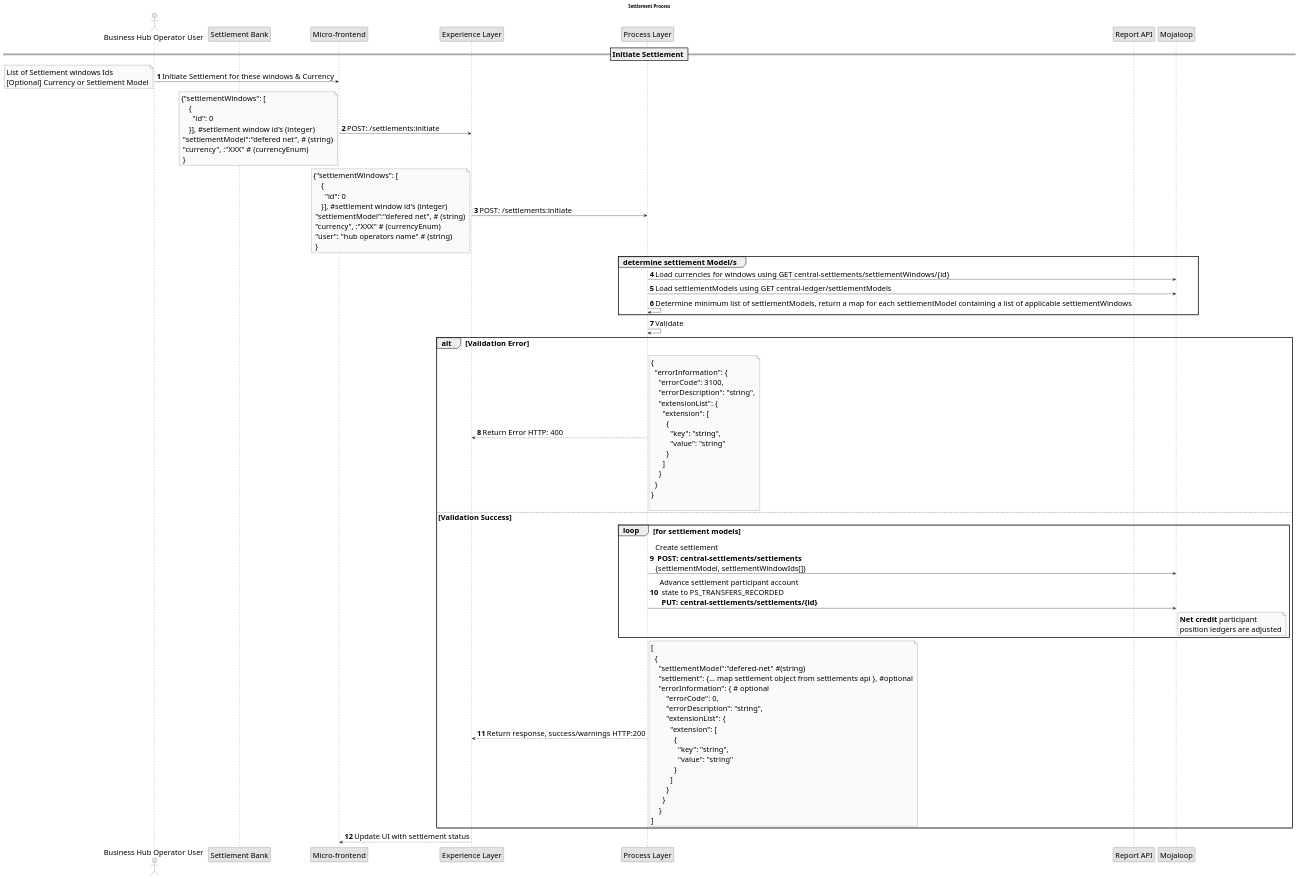
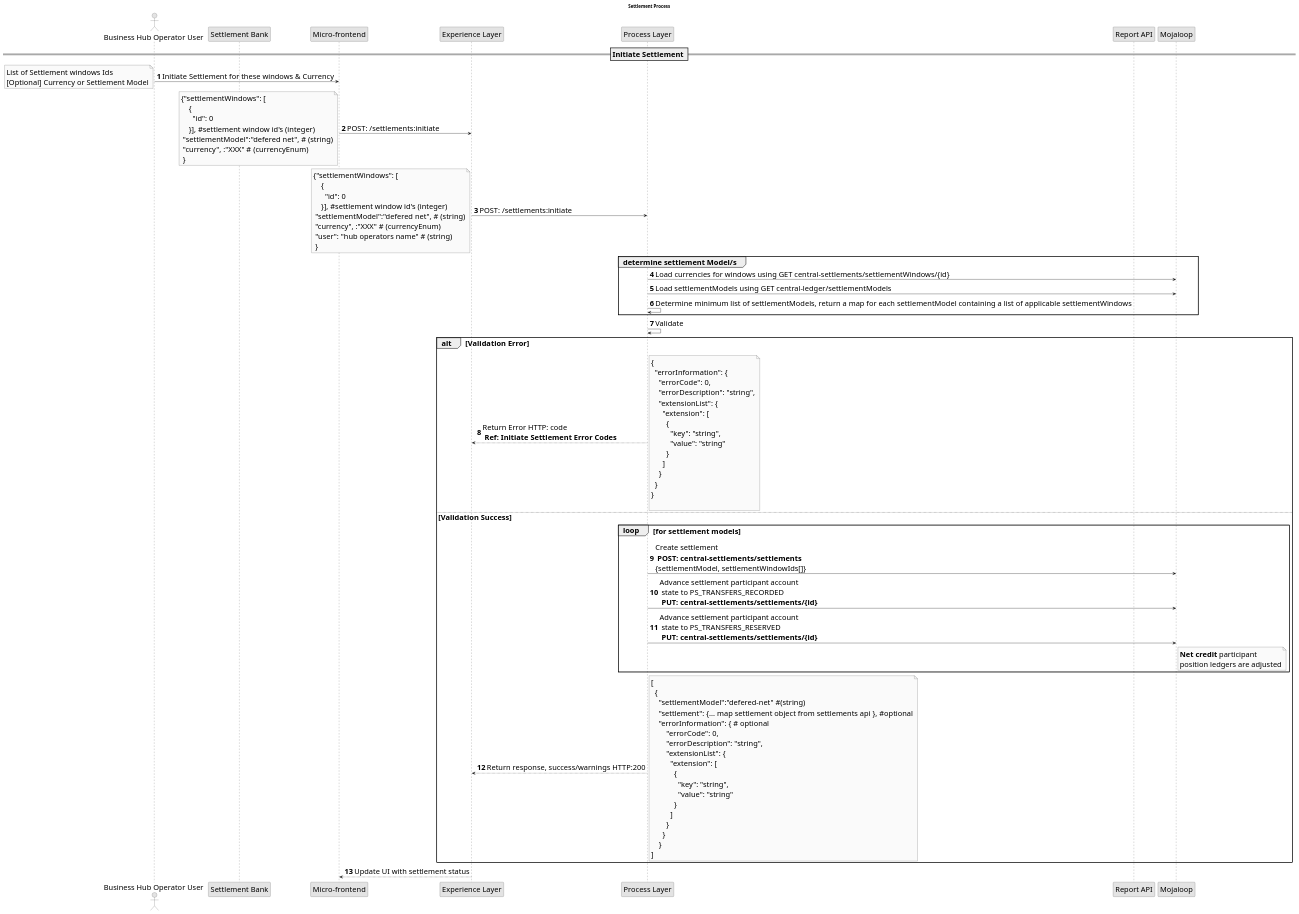
One commit to mojaloop/business-operations-framework-docs changed the diagram in PlantUML/SettlementInitiationIErrorCases.plantUML. Above: the diagram before and after it, drawn with PlantUML. The commit also changed 2 other files, not shown here.

Commit message:
error cases

```diff
--- a/PlantUML/SettlementInitiationIErrorCases.plantUML
+++ b/PlantUML/SettlementInitiationIErrorCases.plantUML
@@ -1,111 +1,113 @@
 @startuml settlementInitiationErrorCases
 skinparam activityFontSize 4
 skinparam activityDiamondFontSize 30
 skinparam activityArrowFontSize 24
 skinparam defaultFontSize 24
 skinparam noteFontSize 24
 skinparam monochrome true
 autonumber
 
 title Settlement Process
 
 actor "Business Hub Operator User" as bu
 
 participant "Settlement Bank" as sbank
 participant "Micro-frontend" as ui
 participant "Experience Layer" as el
 participant "Process Layer" as pl
 participant "Report API" as report
 participant "Mojaloop" as moja
 
 
 == Initiate Settlement ==
 bu->ui: Initiate Settlement for these windows & Currency
 
 note left
 List of Settlement windows Ids
 [Optional] Currency or Settlement Model
 end note
 
 ui->el: POST: /settlements:initiate 
 note left
 {"settlementWindows": [
     {
       "id": 0
     }], #settlement window id's (integer)
  "settlementModel":"defered net", # (string)
  "currency", :"XXX" # (currencyEnum)
  }
 end note
 el->pl: POST: /settlements:initiate
 note left
 {"settlementWindows": [
     {
       "id": 0
     }], #settlement window id's (integer)
  "settlementModel":"defered net", # (string)
  "currency", :"XXX" # (currencyEnum)
  "user": "hub operators name" # (string) 
  }
 end note
 group determine settlement Model/s 
 pl->moja: Load currencies for windows using GET central-settlements/settlementWindows/{id}
 pl->moja: Load settlementModels using GET central-ledger/settlementModels 
 pl->pl: Determine minimum list of settlementModels, return a map for each settlementModel containing a list of applicable settlementWindows
 end
 pl->pl: Validate
 alt Validation Error
-  pl-->el: Return Error HTTP: 400
+  pl-->el: Return Error HTTP: code \n <b>Ref: Initiate Settlement Error Codes</b>
 
   note right
     {
       "errorInformation": { 
-        "errorCode": 3100,
+        "errorCode": 0,
         "errorDescription": "string",
         "extensionList": {
           "extension": [
             {
               "key": "string",
               "value": "string" 
             }
           ] 
         }
       }
     }
 
   end note
 else Validation Success
   loop for settlement models
   pl->moja: Create settlement \n **POST: central-settlements/settlements** \n{settlementModel, settlementWindowIds[]}
   pl->moja: Advance settlement participant account\n state to PS_TRANSFERS_RECORDED \n **PUT: central-settlements/settlements/{id}**
+  pl->moja: Advance settlement participant account\n state to PS_TRANSFERS_RESERVED \n **PUT: central-settlements/settlements/{id}** 
+
   note right moja
   **Net credit** participant 
   position ledgers are adjusted
   end note
   end loop
 
   pl-->el: Return response, success/warnings HTTP:200
   note right
   [
     {
       "settlementModel":"defered-net" #(string)
       "settlement": {... map settlement object from settlements api }, #optional
       "errorInformation": { # optional
           "errorCode": 0,
           "errorDescription": "string",
           "extensionList": {
             "extension": [
               {
                 "key": "string",
                 "value": "string" 
               } 
             ] 
           } 
         }
       }
   ]
   end note
 end
 
 el-->ui: Update UI with settlement status
 @enduml
```
